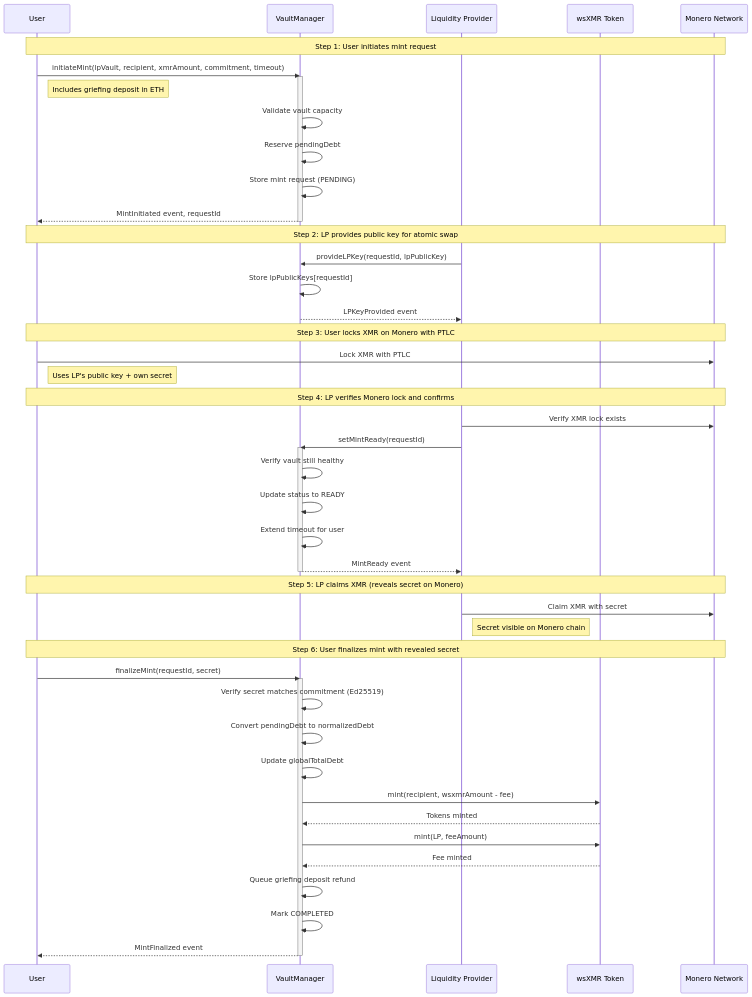
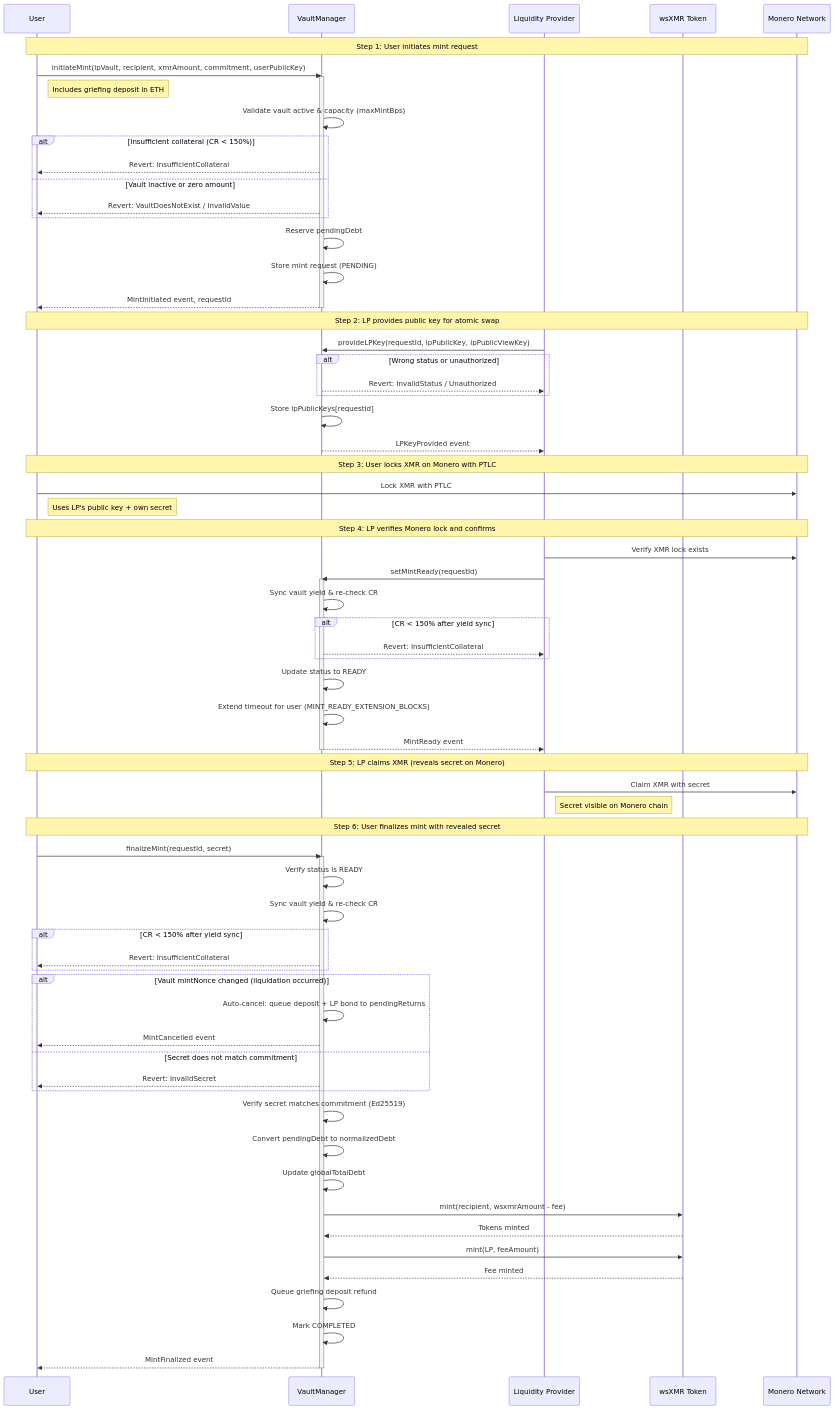
One commit to madschristensen99/wrapsynth changed the ninth of 19 diagrams in docs/sequenceDiagrams.md. Above: the diagram before and after it, drawn with Mermaid. The commit also changed other lines of this file and 32 other files, not shown here.

````diff
--- a/docs/sequenceDiagrams.md
+++ b/docs/sequenceDiagrams.md
@@ -346,56 +400,78 @@
 ```mermaid
 sequenceDiagram
     participant User
     participant VM as VaultManager
     participant LP as Liquidity Provider
     participant Token as wsXMR Token
     participant Monero as Monero Network
 
     Note over User,Monero: Step 1: User initiates mint request
-    User->>VM: initiateMint(lpVault, recipient, xmrAmount, commitment, timeout)
+    User->>VM: initiateMint(lpVault, recipient, xmrAmount, commitment, userPublicKey)
     activate VM
     Note right of User: Includes griefing deposit in ETH
-    VM->>VM: Validate vault capacity
+    VM->>VM: Validate vault active & capacity (maxMintBps)
+    alt Insufficient collateral (CR < 150%)
+        VM-->>User: Revert: InsufficientCollateral
+    else Vault inactive or zero amount
+        VM-->>User: Revert: VaultDoesNotExist / InvalidValue
+    end
     VM->>VM: Reserve pendingDebt
     VM->>VM: Store mint request (PENDING)
     VM-->>User: MintInitiated event, requestId
     deactivate VM
 
     Note over User,Monero: Step 2: LP provides public key for atomic swap
-    LP->>VM: provideLPKey(requestId, lpPublicKey)
+    LP->>VM: provideLPKey(requestId, lpPublicKey, lpPublicViewKey)
+    alt Wrong status or unauthorized
+        VM-->>LP: Revert: InvalidStatus / Unauthorized
+    end
     VM->>VM: Store lpPublicKeys[requestId]
     VM-->>LP: LPKeyProvided event
 
     Note over User,Monero: Step 3: User locks XMR on Monero with PTLC
     User->>Monero: Lock XMR with PTLC
     Note right of User: Uses LP's public key + own secret
 
     Note over User,Monero: Step 4: LP verifies Monero lock and confirms
     LP->>Monero: Verify XMR lock exists
     LP->>VM: setMintReady(requestId)
     activate VM
-    VM->>VM: Verify vault still healthy
+    VM->>VM: Sync vault yield & re-check CR
+    alt CR < 150% after yield sync
+        VM-->>LP: Revert: InsufficientCollateral
+    end
     VM->>VM: Update status to READY
-    VM->>VM: Extend timeout for user
+    VM->>VM: Extend timeout for user (MINT_READY_EXTENSION_BLOCKS)
     VM-->>LP: MintReady event
     deactivate VM
 
     Note over User,Monero: Step 5: LP claims XMR (reveals secret on Monero)
     LP->>Monero: Claim XMR with secret
     Note right of LP: Secret visible on Monero chain
 
     Note over User,Monero: Step 6: User finalizes mint with revealed secret
     User->>VM: finalizeMint(requestId, secret)
     activate VM
+    VM->>VM: Verify status is READY
+    VM->>VM: Sync vault yield & re-check CR
+    alt CR < 150% after yield sync
+        VM-->>User: Revert: InsufficientCollateral
+    end
+    alt Vault mintNonce changed (liquidation occurred)
+        VM->>VM: Auto-cancel: queue deposit + LP bond to pendingReturns
+        VM-->>User: MintCancelled event
+    else Secret does not match commitment
+        VM-->>User: Revert: InvalidSecret
+    end
     VM->>VM: Verify secret matches commitment (Ed25519)
     VM->>VM: Convert pendingDebt to normalizedDebt
     VM->>VM: Update globalTotalDebt
     VM->>Token: mint(recipient, wsxmrAmount - fee)
     Token-->>VM: Tokens minted
     VM->>Token: mint(LP, feeAmount)
     Token-->>VM: Fee minted
     VM->>VM: Queue griefing deposit refund
     VM->>VM: Mark COMPLETED
     VM-->>User: MintFinalized event
     deactivate VM
 ```
````
